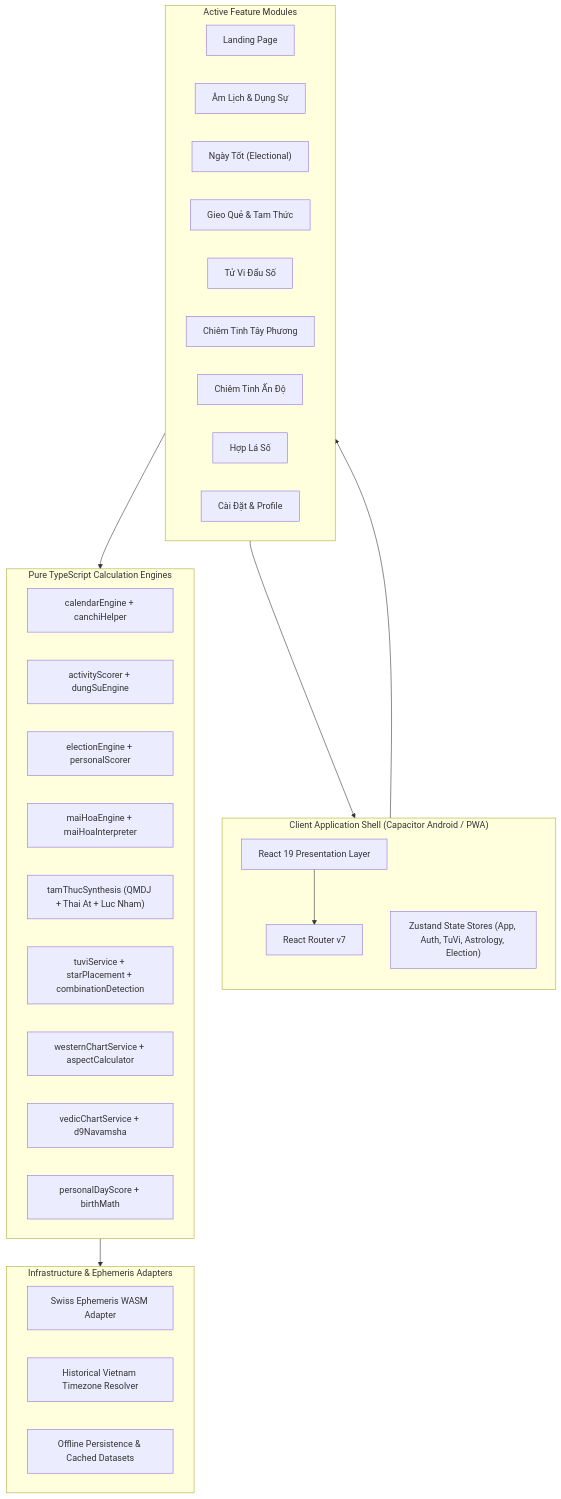
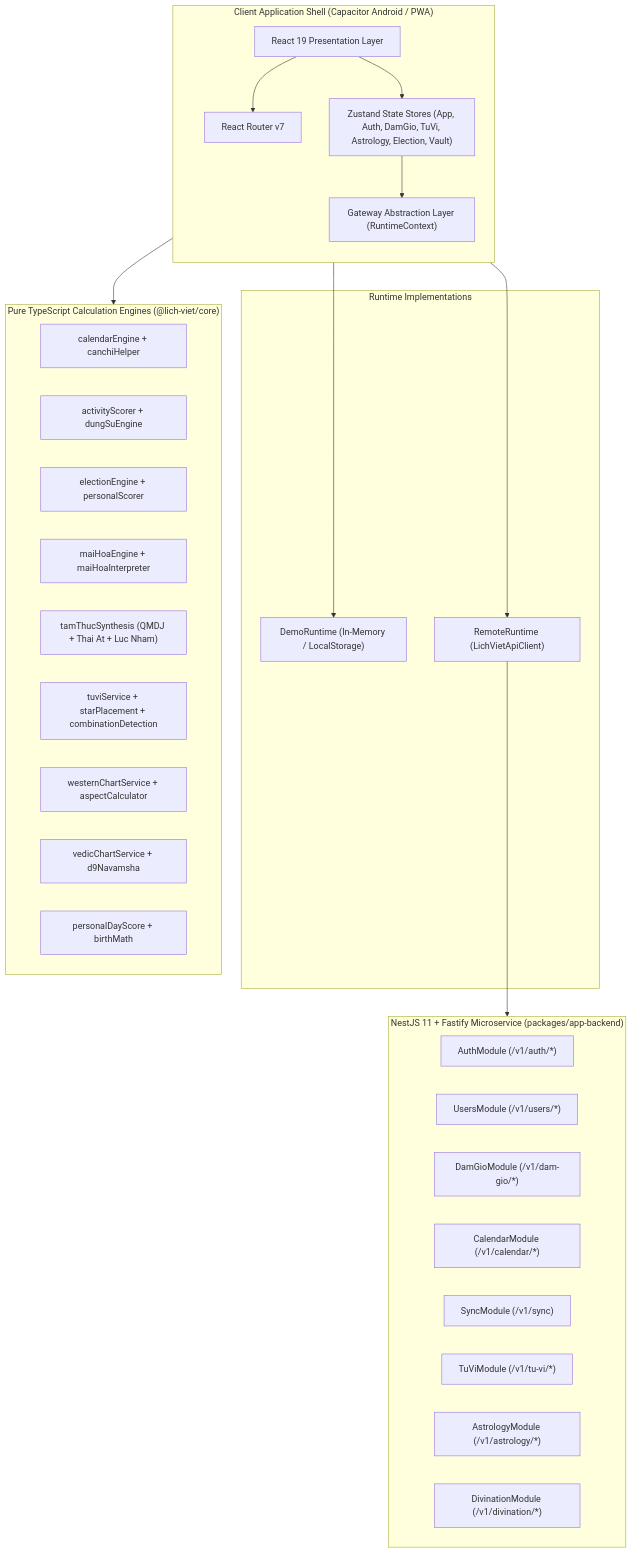
Before and after one commit to jakessteve/lich-viet-android: the diagram in docs/tech/ARCHITECTURE.md, drawn with Mermaid. The commit also changed other lines of this file and 148 other files, not shown here.

Commit message:
feat: implement backend modules for authentication, sync, users, and dam-gio alongside extensive astrology and UI component enhancements.

````diff
--- a/docs/tech/ARCHITECTURE.md
+++ b/docs/tech/ARCHITECTURE.md
@@ -46,44 +51,46 @@
 ```mermaid
 graph TB
     subgraph ClientShell["Client Application Shell (Capacitor Android / PWA)"]
         direction TB
         UI["React 19 Presentation Layer"]
         Router["React Router v7"]
-        Stores["Zustand State Stores (App, Auth, TuVi, Astrology, Election)"]
+        Stores["Zustand State Stores (App, Auth, DamGio, TuVi, Astrology, Election, Vault)"]
+        Gateway["Gateway Abstraction Layer (RuntimeContext)"]
     end
 
-    subgraph Surfaces["Active Feature Modules"]
-        Landing["Landing Page"]
-        AmLich["Âm Lịch & Dụng Sự"]
-        NgayTot["Ngày Tốt (Electional)"]
-        GieoQue["Gieo Quẻ & Tam Thức"]
-        TuVi["Tử Vi Đẩu Số"]
-        Western["Chiêm Tinh Tây Phương"]
-        Vedic["Chiêm Tinh Ấn Độ"]
-        Synastry["Hợp Lá Số"]
-        Settings["Cài Đặt & Profile"]
+    subgraph Runtimes["Runtime Implementations"]
+        DemoRuntime["DemoRuntime (In-Memory / LocalStorage)"]
+        RemoteRuntime["RemoteRuntime (LichVietApiClient)"]
     end
 
-    subgraph DomainEngines["Pure TypeScript Calculation Engines"]
+    subgraph BackendService["NestJS 11 + Fastify Microservice (packages/app-backend)"]
+        AuthMod["AuthModule (/v1/auth/*)"]
+        UsersMod["UsersModule (/v1/users/*)"]
+        DamGioMod["DamGioModule (/v1/dam-gio/*)"]
+        CalMod["CalendarModule (/v1/calendar/*)"]
+        SyncMod["SyncModule (/v1/sync)"]
+        TuViMod["TuViModule (/v1/tu-vi/*)"]
+        AstroMod["AstrologyModule (/v1/astrology/*)"]
+        DivMod["DivinationModule (/v1/divination/*)"]
+    end
+
+    subgraph DomainEngines["Pure TypeScript Calculation Engines (@lich-viet/core)"]
         Calendar["calendarEngine + canchiHelper"]
         DungSu["activityScorer + dungSuEngine"]
         Election["electionEngine + personalScorer"]
         MaiHoa["maiHoaEngine + maiHoaInterpreter"]
         TamThuc["tamThucSynthesis (QMDJ + Thai At + Luc Nham)"]
         TuViEng["tuviService + starPlacement + combinationDetection"]
         WesternEng["westernChartService + aspectCalculator"]
         VedicEng["vedicChartService + d9Navamsha"]
         Personal["personalDayScore + birthMath"]
     end
 
-    subgraph Infrastructure["Infrastructure & Ephemeris Adapters"]
-        Swiss["Swiss Ephemeris WASM Adapter"]
-        TZ["Historical Vietnam Timezone Resolver"]
-        Storage["Offline Persistence & Cached Datasets"]
-    end
-
-    UI --> Router --> Surfaces
-    Surfaces --> Stores
-    Surfaces --> DomainEngines
-    DomainEngines --> Infrastructure
+    UI --> Router
+    UI --> Stores
+    Stores --> Gateway
+    Stores --> DomainEngines
+    Gateway --> DemoRuntime
+    Gateway --> RemoteRuntime
+    RemoteRuntime --> BackendService
 ```
````
